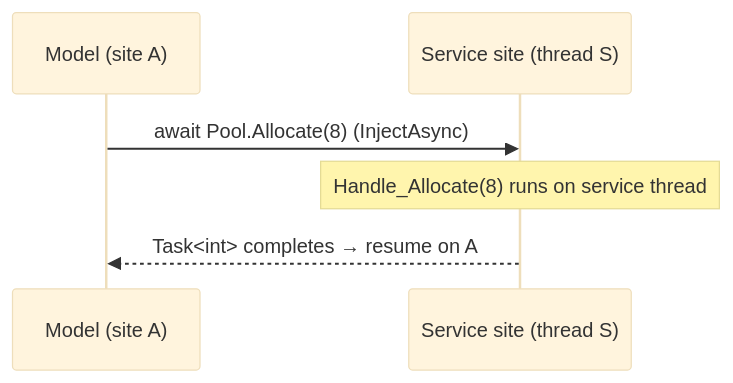
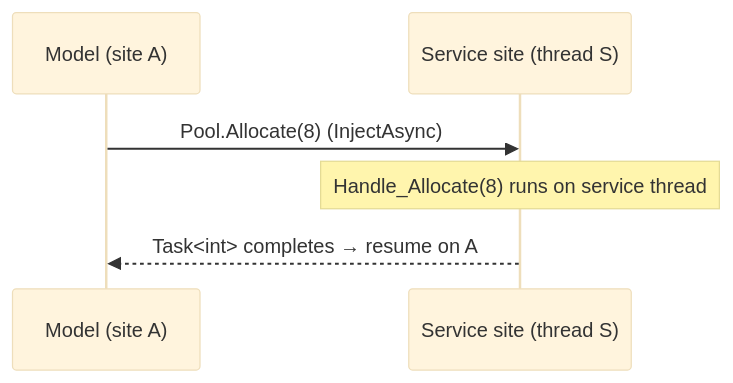
The fifth of 6 diagrams in public/content/interaction-patterns.md (SimulaSharp-org/simulasharp-docs), drawn with Mermaid (base theme) before and after one commit. The commit also changed other lines of this file and 3 other files, not shown here.

````diff
--- a/public/content/interaction-patterns.md
+++ b/public/content/interaction-patterns.md
@@ -158,8 +199,8 @@
 ```mermaid
 sequenceDiagram
   participant M as Model (site A)
   participant Svc as Service site (thread S)
-  M->>Svc: await Pool.Allocate(8)  (InjectAsync)
+  M->>Svc: Pool.Allocate(8)  (InjectAsync)
   Note over Svc: Handle_Allocate(8) runs on service thread
   Svc-->>M: Task<int> completes → resume on A
 ```
````
